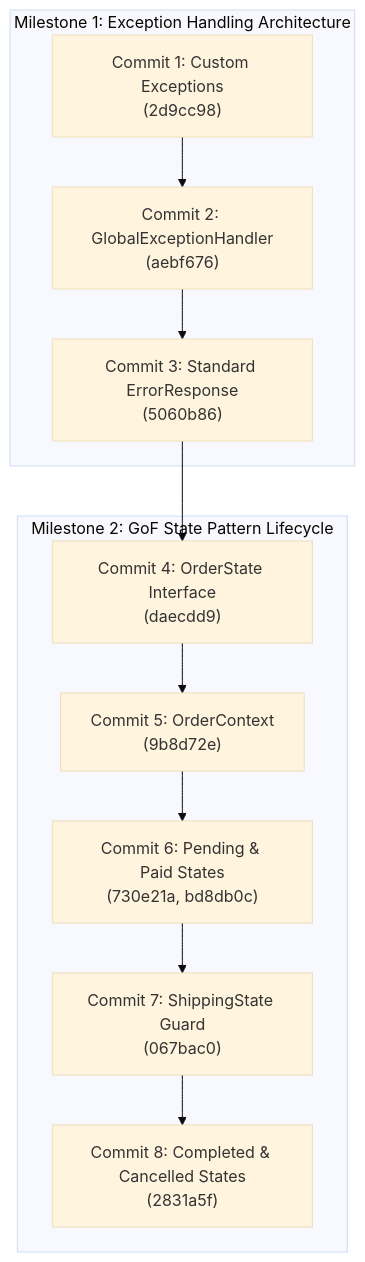
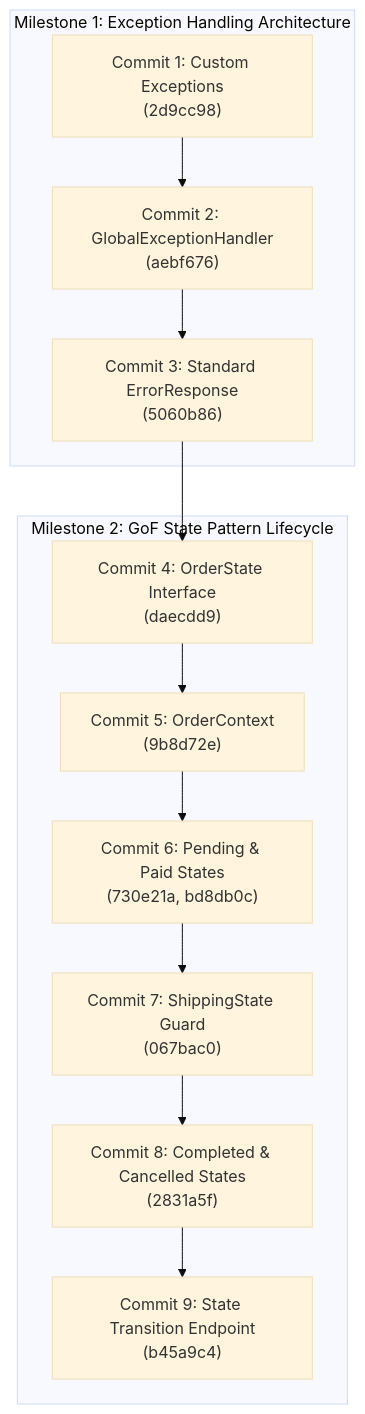
The diagram in knowledge.md (Bigzzz0/Pok-Vault_Commerce), drawn with Mermaid (base theme) before and after one commit. The commit also changed other lines of this file, not shown here.

Commit message:
docs: document Commit 9 state transition endpoint and update tracker

````diff
--- a/knowledge.md
+++ b/knowledge.md
@@ -34,15 +34,16 @@
 ```mermaid
 graph TD
     subgraph ExceptionHandling["Milestone 1: Exception Handling Architecture"]
         C1["Commit 1: Custom Exceptions\n(2d9cc98)"] --> C2["Commit 2: GlobalExceptionHandler\n(aebf676)"]
         C2 --> C3["Commit 3: Standard ErrorResponse\n(5060b86)"]
     end
 
     subgraph StatePattern["Milestone 2: GoF State Pattern Lifecycle"]
         C3 --> C4["Commit 4: OrderState Interface\n(daecdd9)"]
         C4 --> C5["Commit 5: OrderContext\n(9b8d72e)"]
         C5 --> C6["Commit 6: Pending & Paid States\n(730e21a, bd8db0c)"]
         C6 --> C7["Commit 7: ShippingState Guard\n(067bac0)"]
         C7 --> C8["Commit 8: Completed & Cancelled States\n(2831a5f)"]
+        C8 --> C9["Commit 9: State Transition Endpoint\n(b45a9c4)"]
     end
 ```
````
